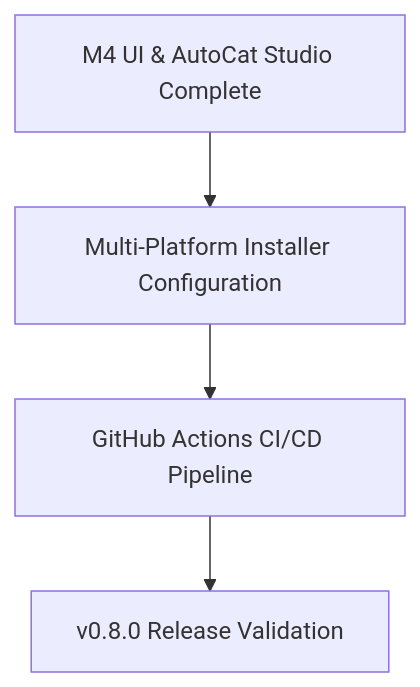
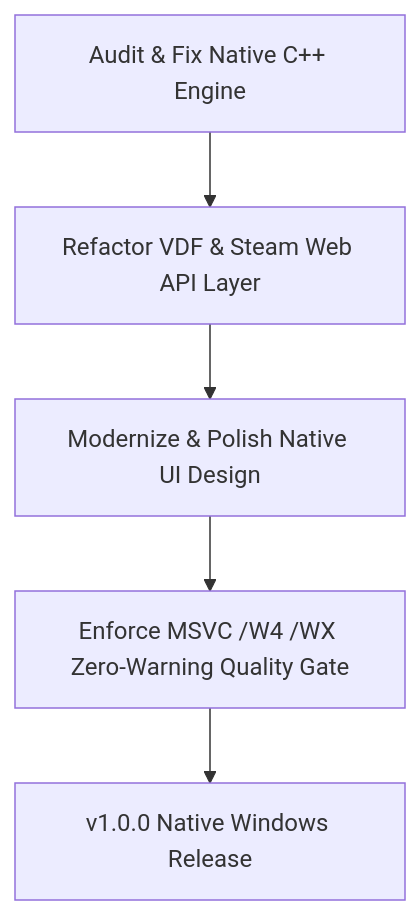
The diagram in ROADMAP.md (HELIX-Origin/depressurizer), drawn with Mermaid before and after one commit. The commit also changed other lines of this file and 10 other files, not shown here.

````diff
--- a/ROADMAP.md
+++ b/ROADMAP.md
@@ -48,6 +47,7 @@
 ```mermaid
 flowchart TD
-    M4_Done["M4 UI & AutoCat Studio Complete"] --> M5_Pack["Multi-Platform Installer Configuration"]
-    M5_Pack --> M5_CI["GitHub Actions CI/CD Pipeline"]
-    M5_CI --> M5_Rel["v0.8.0 Release Validation"]
+    D1["Audit & Fix Native C++ Engine"] --> D2["Refactor VDF & Steam Web API Layer"]
+    D2 --> D3["Modernize & Polish Native UI Design"]
+    D3 --> D4["Enforce MSVC /W4 /WX Zero-Warning Quality Gate"]
+    D4 --> Rel["v1.0.0 Native Windows Release"]
 ```
````
